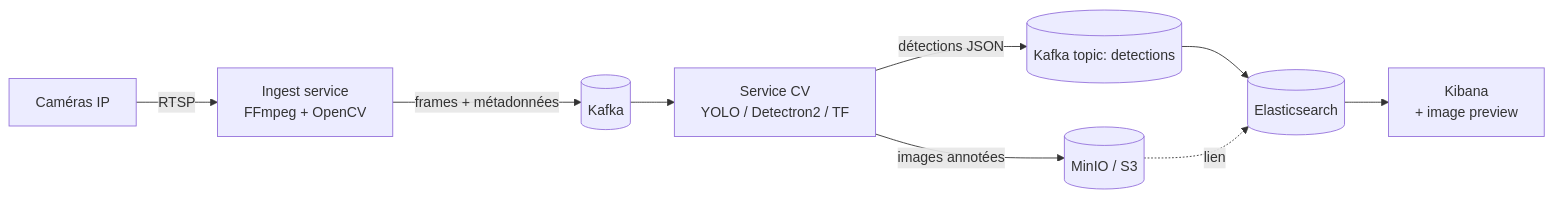
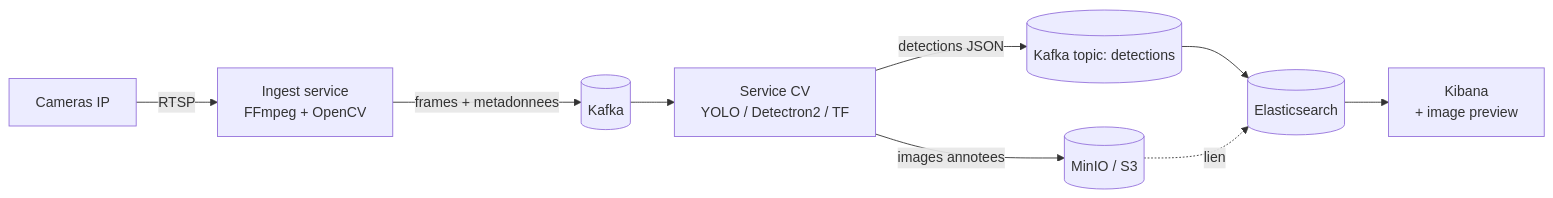
Before and after one commit to haythem-rehouma/Elastic-Search-0: the third of 4 diagrams in docs2-cours1/18-annexe-architectures-avancees.md, drawn with Mermaid. The commit also changed other lines of this file and 49 other files, not shown here.

````diff
--- a/docs2-cours1/18-annexe-architectures-avancees.md
+++ b/docs2-cours1/18-annexe-architectures-avancees.md
@@ -146,12 +146,12 @@
 ```mermaid
 flowchart LR
-    CAM[Caméras IP] -->|RTSP| ING[Ingest service<br/>FFmpeg + OpenCV]
-    ING -->|frames + métadonnées| K[(Kafka)]
-    K --> CV[Service CV<br/>YOLO / Detectron2 / TF]
-    CV -->|détections JSON| K2[(Kafka topic: detections)]
-    K2 --> ES[(Elasticsearch)]
-    ES --> KB[Kibana<br/>+ image preview]
+    CAM["Cameras IP"] -->|RTSP| ING["Ingest service<br/>FFmpeg + OpenCV"]
+    ING -->|"frames + metadonnees"| K[("Kafka")]
+    K --> CV["Service CV<br/>YOLO / Detectron2 / TF"]
+    CV -->|"detections JSON"| K2[("Kafka topic: detections")]
+    K2 --> ES[("Elasticsearch")]
+    ES --> KB["Kibana<br/>+ image preview"]
 
-    CV -->|images annotées| OBJ[(MinIO / S3)]
+    CV -->|"images annotees"| OBJ[("MinIO / S3")]
     OBJ -.lien.-> ES
 ```
````
